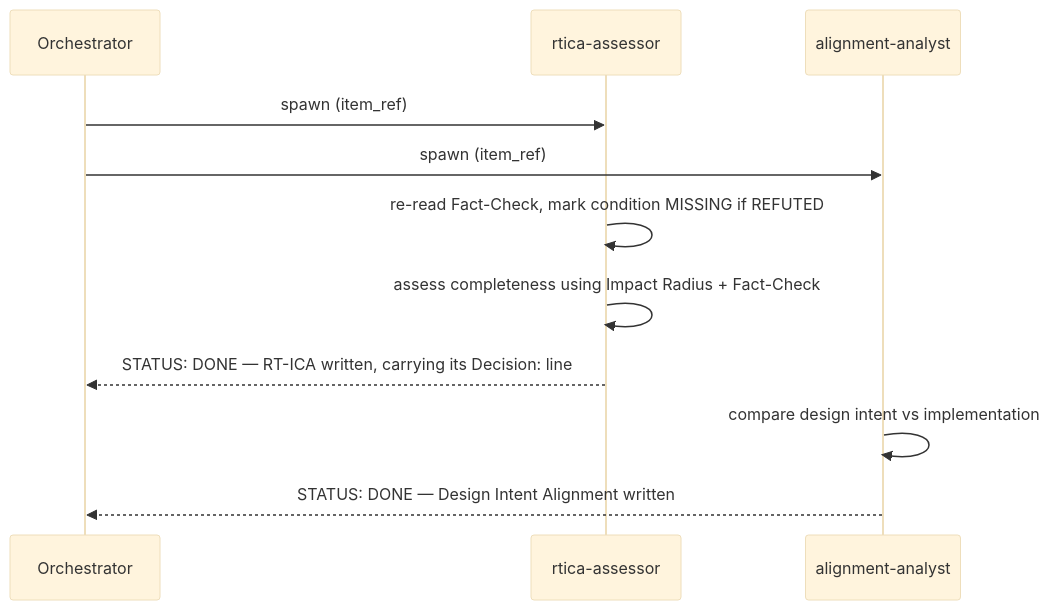
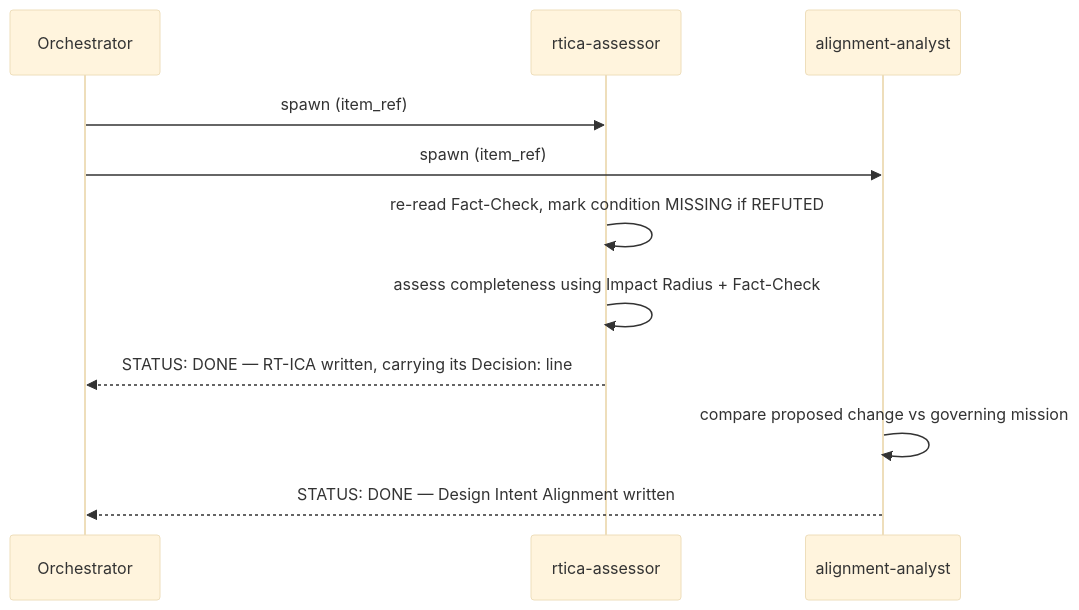
The second of 3 diagrams in plugins/development-harness/skills/work-backlog-item/references/workflows/groom/swarm.md (Jamie-BitFlight/claude_skills), drawn with Mermaid (base theme) before and after one commit. The commit also changed other lines of this file and 1 other file, not shown here.

````diff
--- a/plugins/development-harness/skills/work-backlog-item/references/workflows/groom/swarm.md
+++ b/plugins/development-harness/skills/work-backlog-item/references/workflows/groom/swarm.md
@@ -97,16 +99,16 @@
 ```mermaid
 sequenceDiagram
     participant O as Orchestrator
     participant RT as rtica-assessor
     participant AA as alignment-analyst
 
     O->>RT: spawn (item_ref)
     O->>AA: spawn (item_ref)
 
     RT->>RT: re-read Fact-Check, mark condition MISSING if REFUTED
     RT->>RT: assess completeness using Impact Radius + Fact-Check
     RT-->>O: STATUS: DONE — RT-ICA written, carrying its Decision: line
 
-    AA->>AA: compare design intent vs implementation
+    AA->>AA: compare proposed change vs governing mission
     AA-->>O: STATUS: DONE — Design Intent Alignment written
 ```
````
